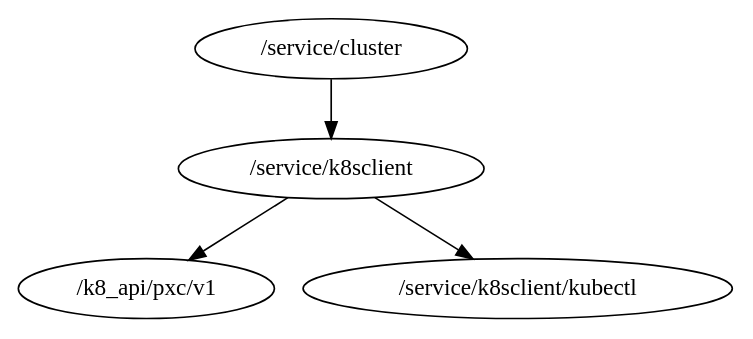
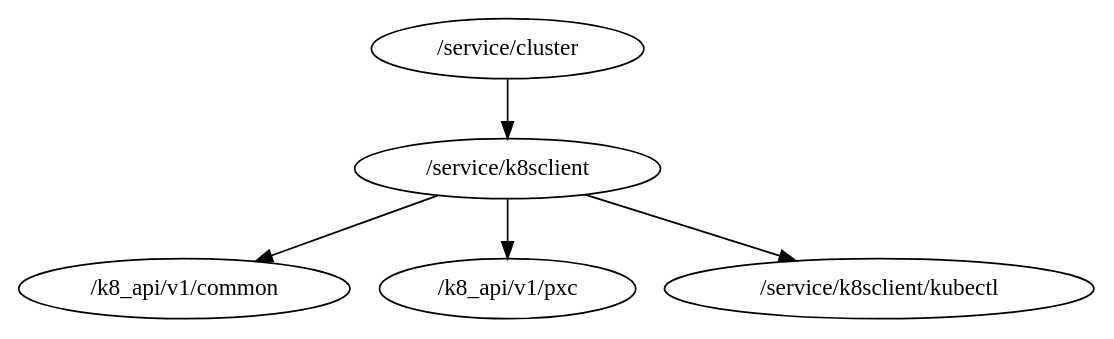
Before and after one commit to percona/dbaas-controller: the diagram in packages.dot, drawn with Graphviz. The commit also changed 16 other files, not shown here.

```diff
--- a/packages.dot
+++ b/packages.dot
@@ -1,5 +1,6 @@
 digraph packages {
 	"/service/cluster" -> "/service/k8sclient";
-	"/service/k8sclient" -> "/k8_api/pxc/v1";
+	"/service/k8sclient" -> "/k8_api/v1/common";
+	"/service/k8sclient" -> "/k8_api/v1/pxc";
 	"/service/k8sclient" -> "/service/k8sclient/kubectl";
 }
```
